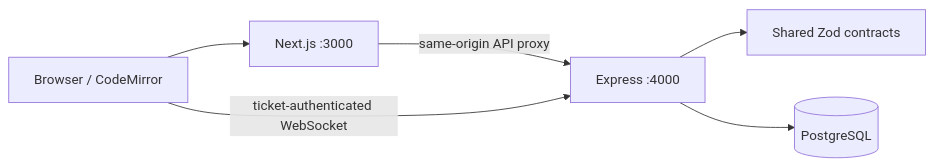
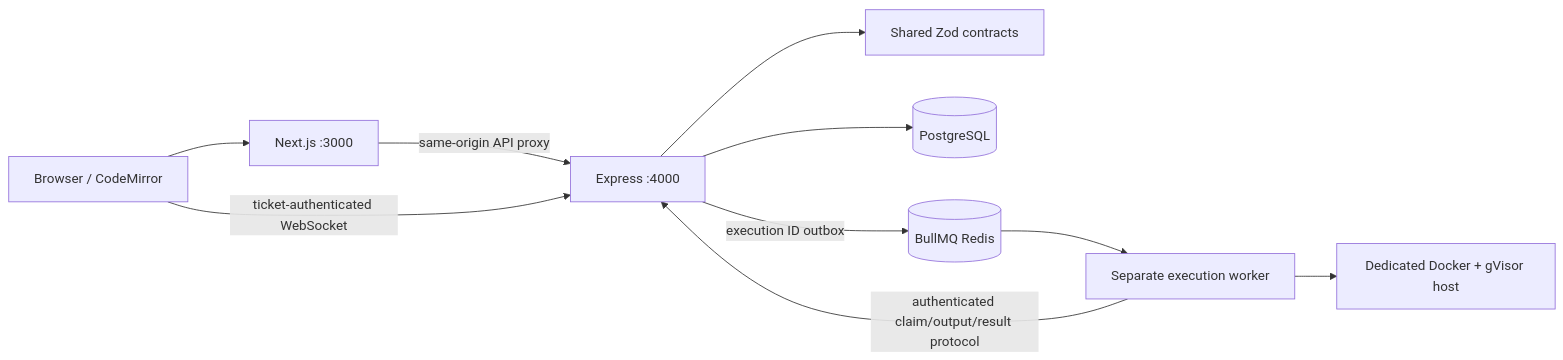
The diagram in docs/architecture.md (Amar0703/CodeTogether), drawn with Mermaid before and after one commit. The commit also changed other lines of this file and 3 other files, not shown here.

````diff
--- a/docs/architecture.md
+++ b/docs/architecture.md
@@ -5,8 +5,12 @@
 ```mermaid
 flowchart LR
   Browser[Browser / CodeMirror] --> Web[Next.js :3000]
   Web -->|same-origin API proxy| API[Express :4000]
   Browser -->|ticket-authenticated WebSocket| API
   API --> Contracts[Shared Zod contracts]
   API --> DB[(PostgreSQL)]
+  API -->|execution ID outbox| Redis[(BullMQ Redis)]
+  Redis --> Worker[Separate execution worker]
+  Worker -->|authenticated claim/output/result protocol| API
+  Worker --> Sandbox[Dedicated Docker + gVisor host]
 ```
````
